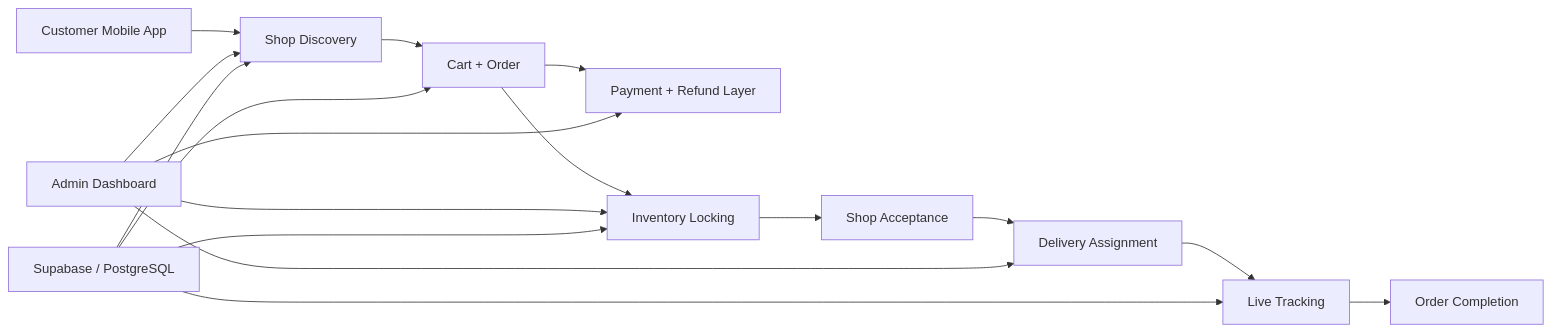
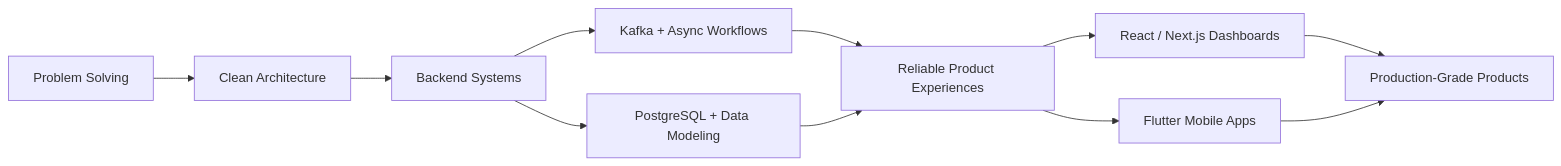
Before and after one commit to ankitraj6767/ankitraj6767: the diagram in README.md, drawn with Mermaid. The commit also changed other lines of this file, not shown here.

````diff
--- a/README.md
+++ b/README.md
@@ -173,20 +69,13 @@
 ```mermaid
 flowchart LR
-    A[Customer Mobile App] --> B[Shop Discovery]
-    B --> C[Cart + Order]
-    C --> D[Payment + Refund Layer]
-    C --> E[Inventory Locking]
-    E --> F[Shop Acceptance]
-    F --> G[Delivery Assignment]
-    G --> H[Live Tracking]
-    H --> I[Order Completion]
-
-    J[Admin Dashboard] --> B
-    J --> E
-    J --> G
-    J --> D
-    K[Supabase / PostgreSQL] --> B
-    K --> C
-    K --> E
-    K --> H
+    A[Problem Solving] --> B[Clean Architecture]
+    B --> C[Backend Systems]
+    C --> D[Kafka + Async Workflows]
+    C --> E[PostgreSQL + Data Modeling]
+    D --> F[Reliable Product Experiences]
+    E --> F
+    F --> G[React / Next.js Dashboards]
+    F --> H[Flutter Mobile Apps]
+    G --> I[Production-Grade Products]
+    H --> I
 ```
````
